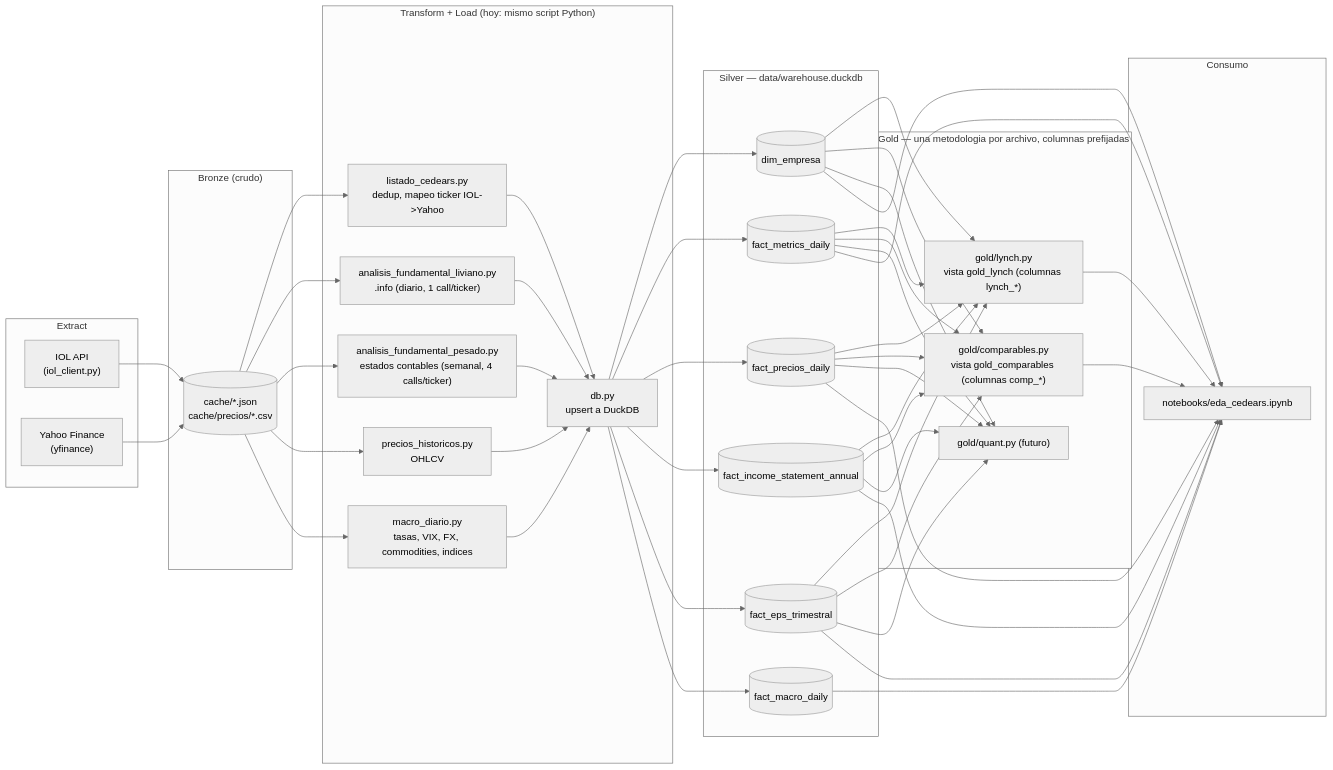
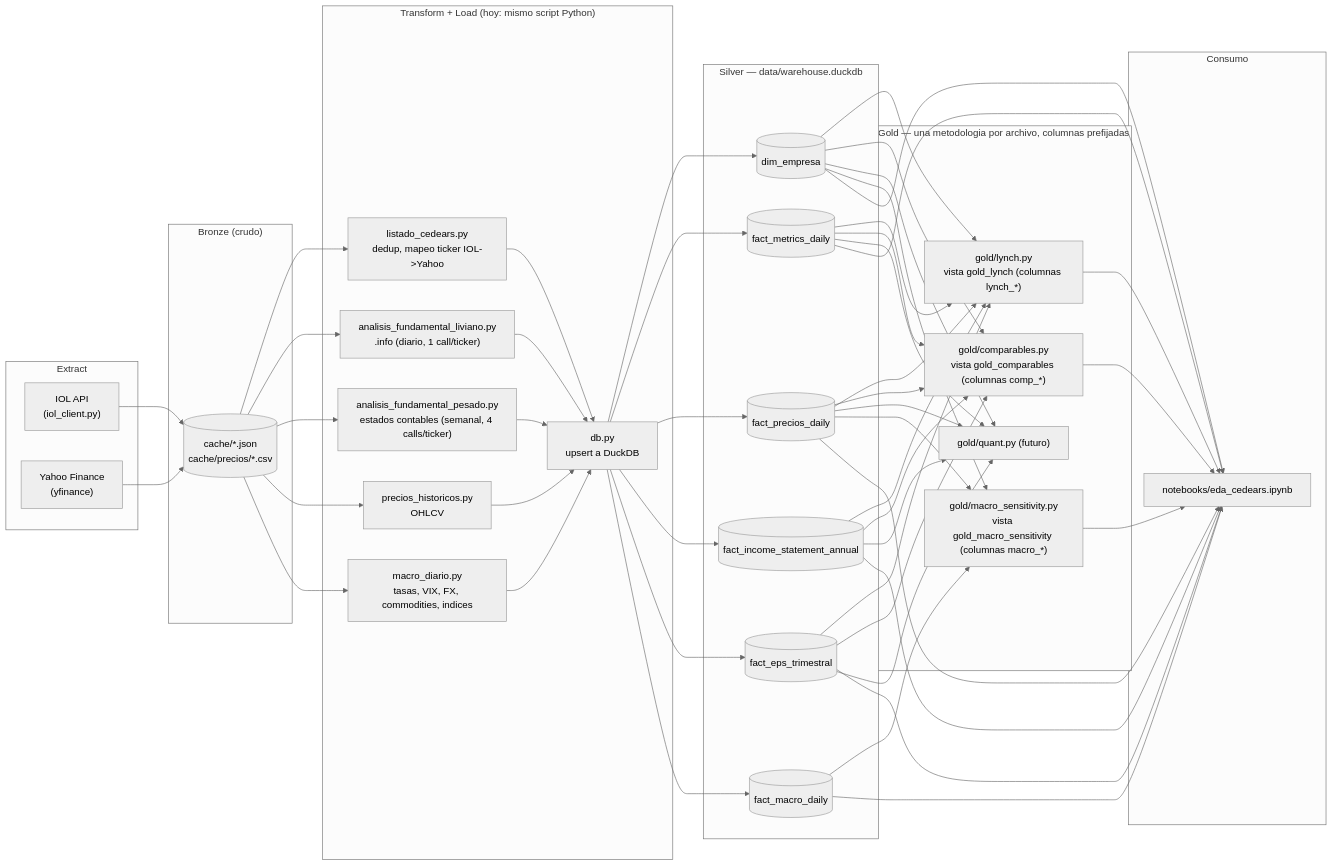
One commit to esfer98/cedears-data-pipeline changed the diagram in README.md. Above: the diagram before and after it, drawn with Mermaid (neutral theme). The commit also changed other lines of this file and 2 other files, not shown here.

First line of the commit message:
Add gold_macro_sensitivity: correlacion real retorno vs. tasa UST10Y/30Y

````diff
--- a/README.md
+++ b/README.md
@@ -28,52 +28,55 @@
 ```mermaid
 flowchart LR
     subgraph Extract
         IOL["IOL API<br/>(iol_client.py)"]
         YF["Yahoo Finance<br/>(yfinance)"]
     end
 
     subgraph Bronze["Bronze (crudo)"]
         cache[("cache/*.json<br/>cache/precios/*.csv")]
     end
 
     subgraph Transform_Load["Transform + Load (hoy: mismo script Python)"]
         listado["listado_cedears.py<br/>dedup, mapeo ticker IOL->Yahoo"]
         liviano["analisis_fundamental_liviano.py<br/>.info (diario, 1 call/ticker)"]
         pesado["analisis_fundamental_pesado.py<br/>estados contables (semanal, 4 calls/ticker)"]
         precios["precios_historicos.py<br/>OHLCV"]
         macro["macro_diario.py<br/>tasas, VIX, FX, commodities, indices"]
         db["db.py<br/>upsert a DuckDB"]
     end
 
     subgraph Silver["Silver — data/warehouse.duckdb"]
         dim[("dim_empresa")]
         fm[("fact_metrics_daily")]
         fp[("fact_precios_daily")]
         fi[("fact_income_statement_annual")]
         fe[("fact_eps_trimestral")]
         fma[("fact_macro_daily")]
     end
 
     subgraph Gold["Gold — una metodologia por archivo, columnas prefijadas"]
         lynch["gold/lynch.py<br/>vista gold_lynch (columnas lynch_*)"]
         comp["gold/comparables.py<br/>vista gold_comparables (columnas comp_*)"]
+        macrosens["gold/macro_sensitivity.py<br/>vista gold_macro_sensitivity (columnas macro_*)"]
         quant["gold/quant.py (futuro)"]
     end
 
     subgraph Consumo
         nb["notebooks/eda_cedears.ipynb"]
     end
 
     IOL --> cache
     YF --> cache
     cache --> listado --> db
     cache --> liviano --> db
     cache --> pesado --> db
     cache --> precios --> db
     cache --> macro --> db
     db --> dim & fm & fp & fi & fe & fma
     dim & fm & fp & fi & fe --> lynch & comp & quant
+    dim & fp & fma --> macrosens
     dim & fm & fp & fi & fe & fma --> nb
     lynch --> nb
     comp --> nb
+    macrosens --> nb
 ```
````
